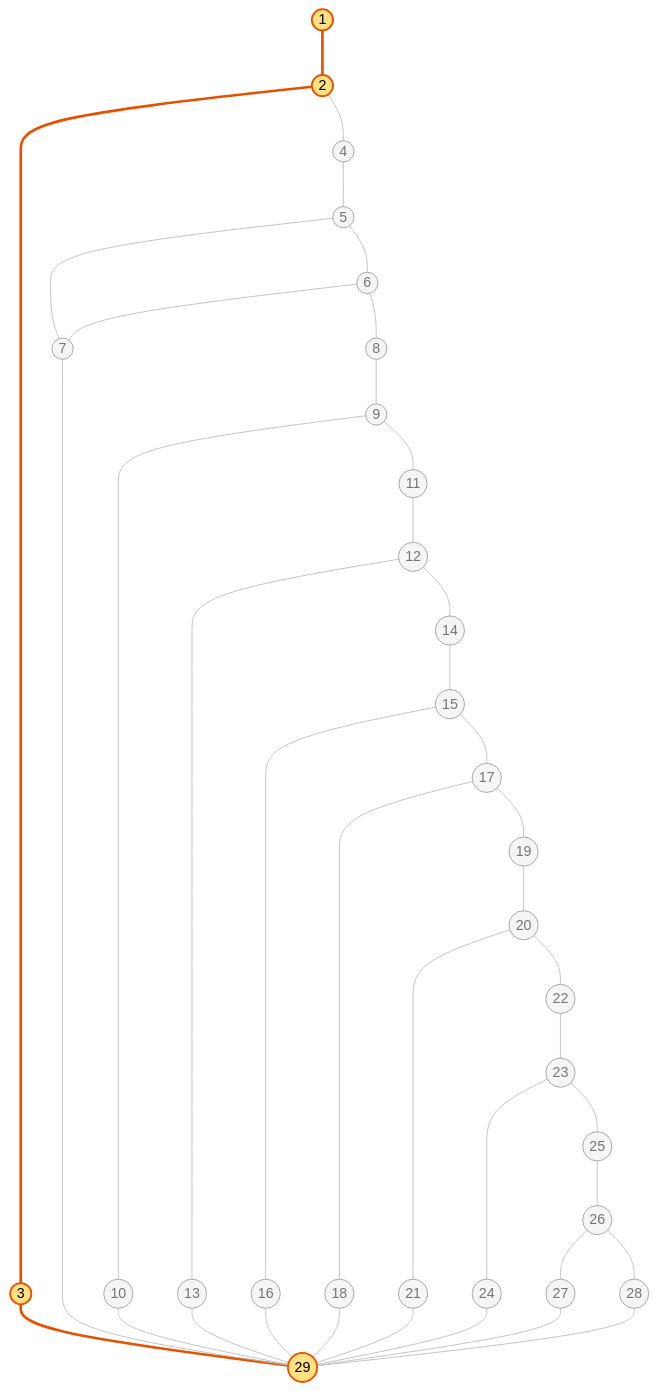
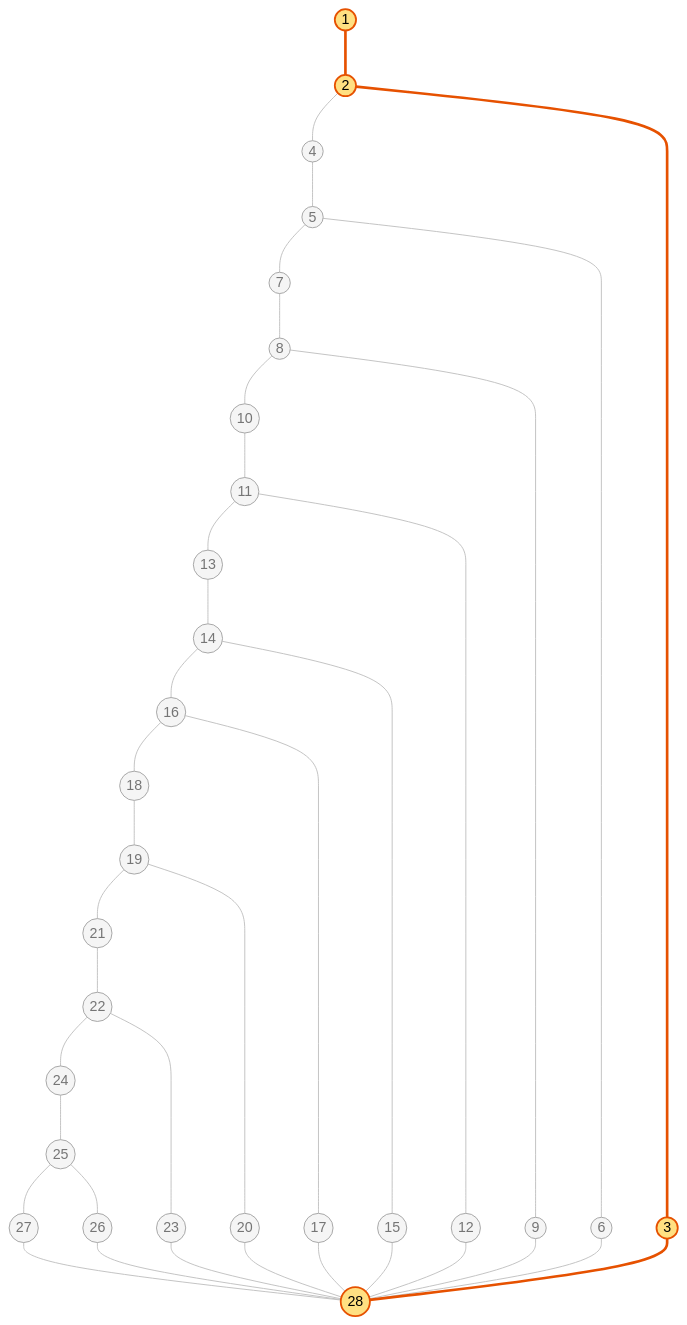
One commit to bloedige/itdb_ctf changed the second of 11 diagrams in tests/docs/caja_blanca_01_enviar_flag.md. Above: the diagram before and after it, drawn with Mermaid. The commit also changed other lines of this file and 47 other files, not shown here.

````diff
--- a/tests/docs/caja_blanca_01_enviar_flag.md
+++ b/tests/docs/caja_blanca_01_enviar_flag.md
@@ -146,46 +169,44 @@
 ```mermaid
 graph TD
     n1((1)) --- n2((2))
-    n2 --- n3((3))
-    n3 --- n29((29))
     n2 --- n4((4))
     n4 --- n5((5))
     n5 --- n7((7))
-    n7 --- n29
+    n7 --- n8((8))
+    n8 --- n10((10))
+    n10 --- n11((11))
+    n11 --- n13((13))
+    n13 --- n14((14))
+    n14 --- n16((16))
+    n16 --- n18((18))
+    n18 --- n19((19))
+    n19 --- n21((21))
+    n21 --- n22((22))
+    n22 --- n24((24))
+    n24 --- n25((25))
+    n25 --- n27((27))
+    n27 --- n28((28))
+    n25 --- n26((26))
+    n26 --- n28
+    n22 --- n23((23))
+    n23 --- n28
+    n19 --- n20((20))
+    n20 --- n28
+    n16 --- n17((17))
+    n17 --- n28
+    n14 --- n15((15))
+    n15 --- n28
+    n11 --- n12((12))
+    n12 --- n28
+    n8 --- n9((9))
+    n9 --- n28
     n5 --- n6((6))
-    n6 --- n7
-    n6 --- n8((8))
-    n8 --- n9((9))
-    n9 --- n10((10))
-    n10 --- n29
-    n9 --- n11((11))
-    n11 --- n12((12))
-    n12 --- n13((13))
-    n13 --- n29
-    n12 --- n14((14))
-    n14 --- n15((15))
-    n15 --- n16((16))
-    n16 --- n29
-    n15 --- n17((17))
-    n17 --- n18((18))
-    n18 --- n29
-    n17 --- n19((19))
-    n19 --- n20((20))
-    n20 --- n21((21))
-    n21 --- n29
-    n20 --- n22((22))
-    n22 --- n23((23))
-    n23 --- n24((24))
-    n24 --- n29
-    n23 --- n25((25))
-    n25 --- n26((26))
-    n26 --- n27((27))
-    n27 --- n29
-    n26 --- n28((28))
-    n28 --- n29
+    n6 --- n28
+    n2 --- n3((3))
+    n3 --- n28
     classDef default fill:#f5f5f5,stroke:#9e9e9e,color:#757575
     classDef camino fill:#ffe082,stroke:#e65100,stroke-width:2px,color:#000
-    class n1,n2,n3,n29 camino
+    class n1,n2,n3,n28 camino
     linkStyle default stroke:#bdbdbd,stroke-width:1px
-    linkStyle 0,1,2 stroke:#e65100,stroke-width:3px
+    linkStyle 0,34,35 stroke:#e65100,stroke-width:3px
 ```
````
